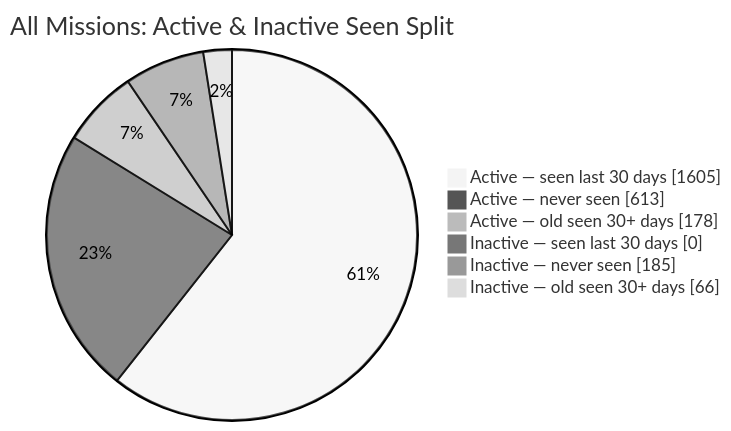
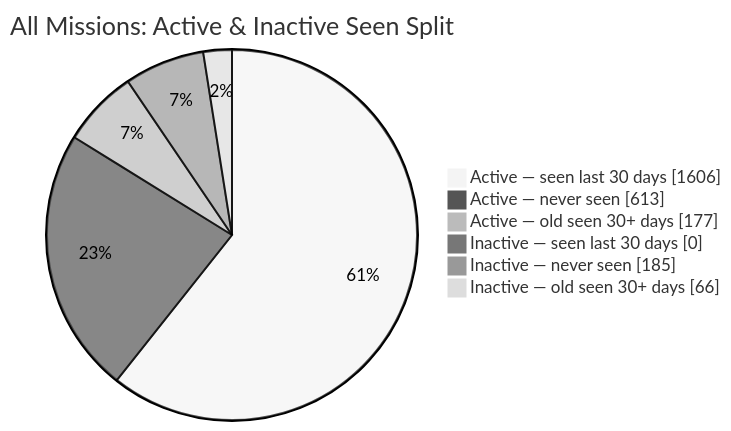
Before and after one commit to MeldkamerspelGameTeam/active-missions: the second of 2 diagrams in README.md, drawn with Mermaid (neutral theme). The commit also changed other lines of this file and 3 other files, not shown here.

````diff
--- a/README.md
+++ b/README.md
@@ -44,10 +44,10 @@
 ```mermaid
 pie showData
     title All Missions: Active & Inactive Seen Split
-    "Active — seen last 30 days" : 1605
+    "Active — seen last 30 days" : 1606
     "Active — never seen" : 613
-    "Active — old seen 30+ days" : 178
+    "Active — old seen 30+ days" : 177
     "Inactive — seen last 30 days" : 0
     "Inactive — never seen" : 185
     "Inactive — old seen 30+ days" : 66
 ```
````
